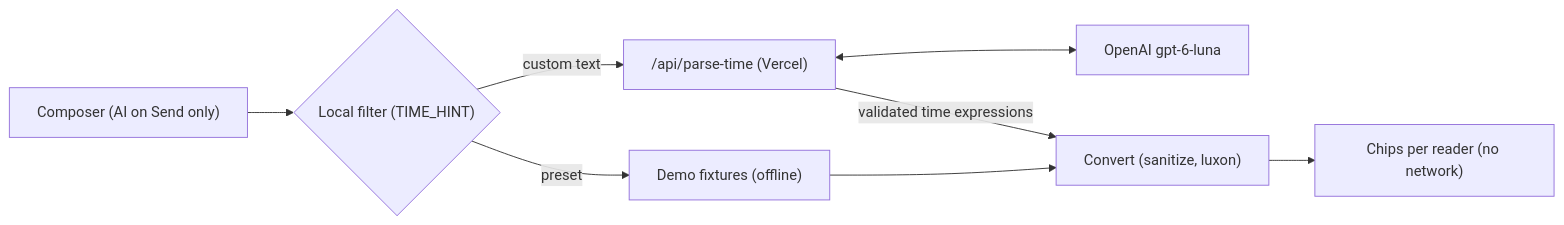
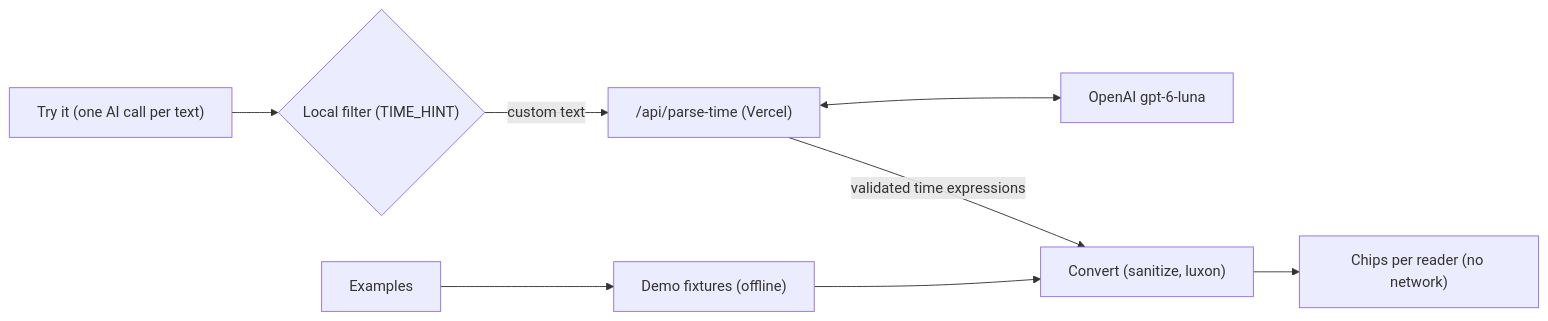
The diagram in docs/PRD.md (tomas-novak/timezone-companion), drawn with Mermaid before and after one commit. The commit also changed other lines of this file and 36 other files, not shown here.

````diff
--- a/docs/PRD.md
+++ b/docs/PRD.md
@@ -757,10 +696,10 @@
 ```mermaid
 flowchart LR
-  C["Composer (AI on Send only)"] --> F{"Local filter (TIME_HINT)"}
-  F -- preset --> FX["Demo fixtures (offline)"]
+  C["Try it (one AI call per text)"] --> F{"Local filter (TIME_HINT)"}
+  EX["Examples"] --> FX["Demo fixtures (offline)"]
   F -- custom text --> API["/api/parse-time (Vercel)"]
   API <--> OAI["OpenAI gpt-6-luna"]
   API -- validated time expressions --> CV["Convert (sanitize, luxon)"]
   FX --> CV
   CV --> CH["Chips per reader (no network)"]
 ```
````
